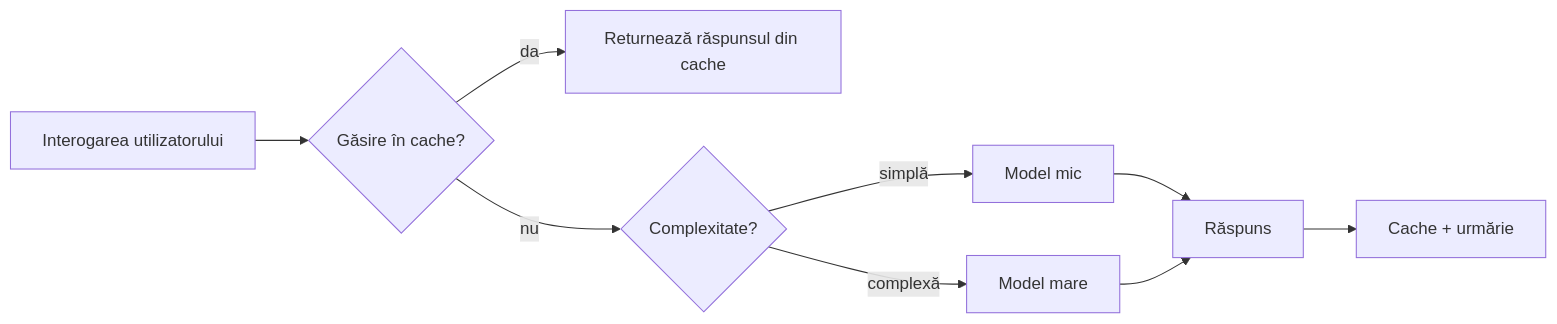
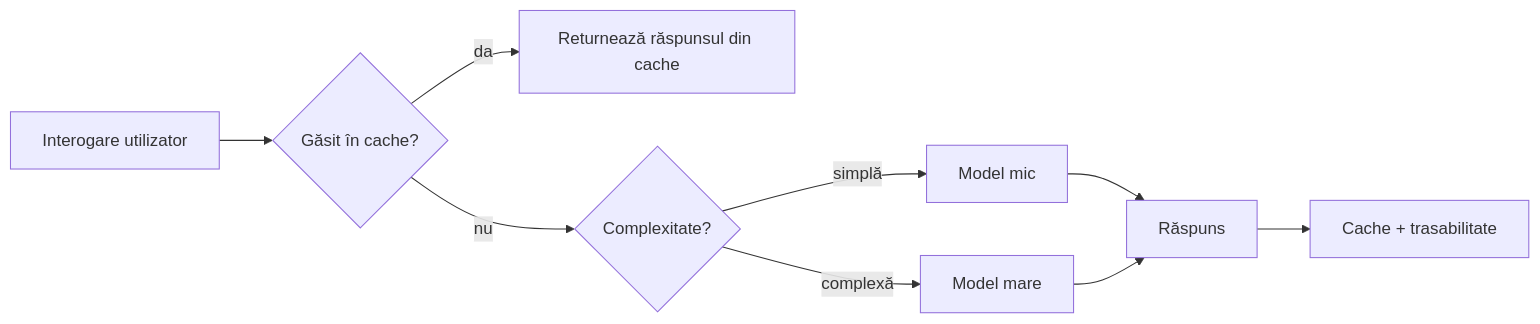
Before and after one commit to microsoft/ai-agents-for-beginners: the third of 4 diagrams in translations/ro/16-deploying-scalable-agents/README.md, drawn with Mermaid. The commit also changed other lines of this file and 46 other files, not shown here.

````diff
--- a/translations/ro/16-deploying-scalable-agents/README.md
+++ b/translations/ro/16-deploying-scalable-agents/README.md
@@ -134,11 +134,11 @@
 ```mermaid
 flowchart LR
-    Q[Interogarea utilizatorului] --> C{Găsire în cache?}
+    Q[Interogare utilizator] --> C{Găsit în cache?}
     C -->|da| R[Returnează răspunsul din cache]
     C -->|nu| Router{Complexitate?}
     Router -->|simplă| SLM[Model mic]
     Router -->|complexă| LLM[Model mare]
     SLM --> Out[Răspuns]
     LLM --> Out
-    Out --> Store[Cache + urmărie]
+    Out --> Store[Cache + trasabilitate]
 ```
````
